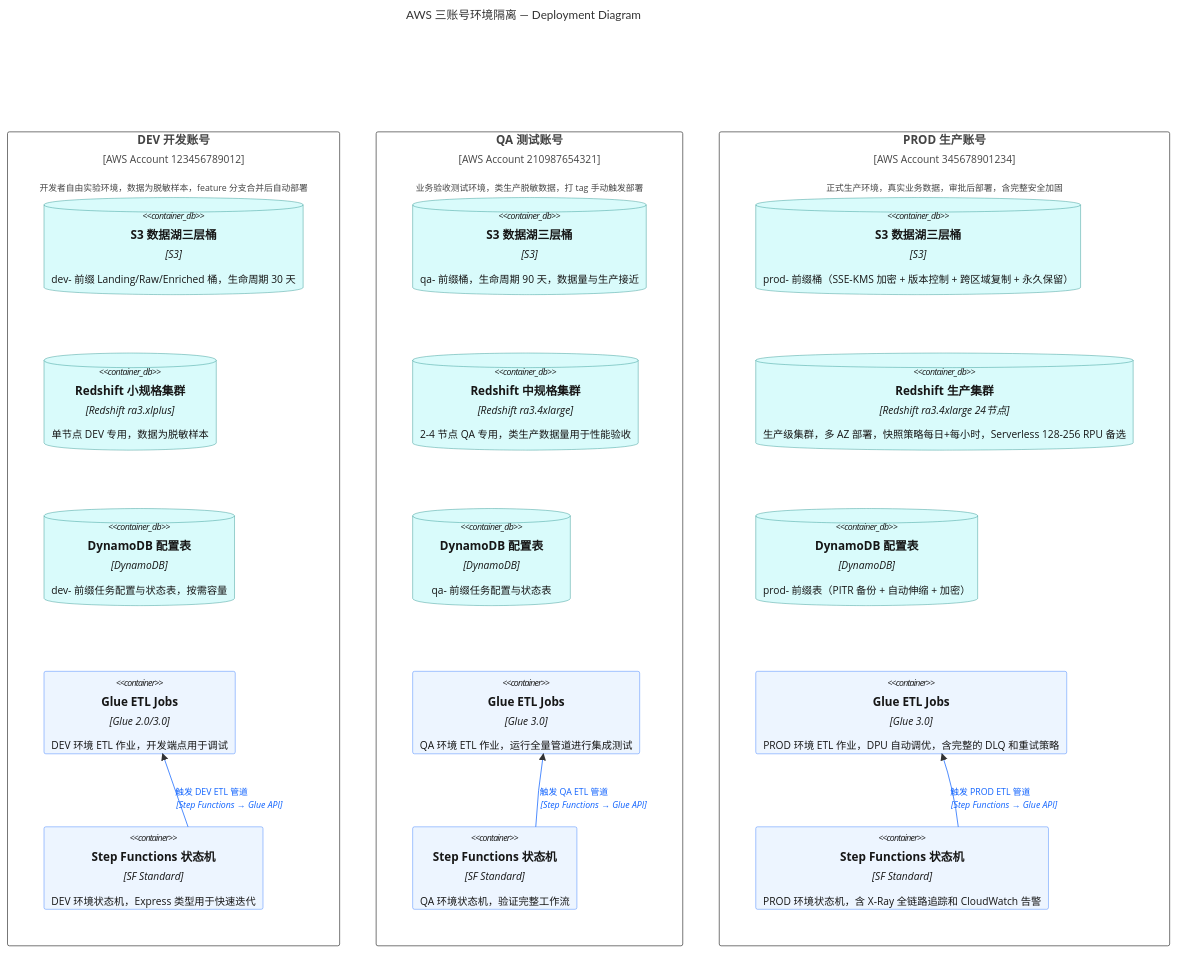
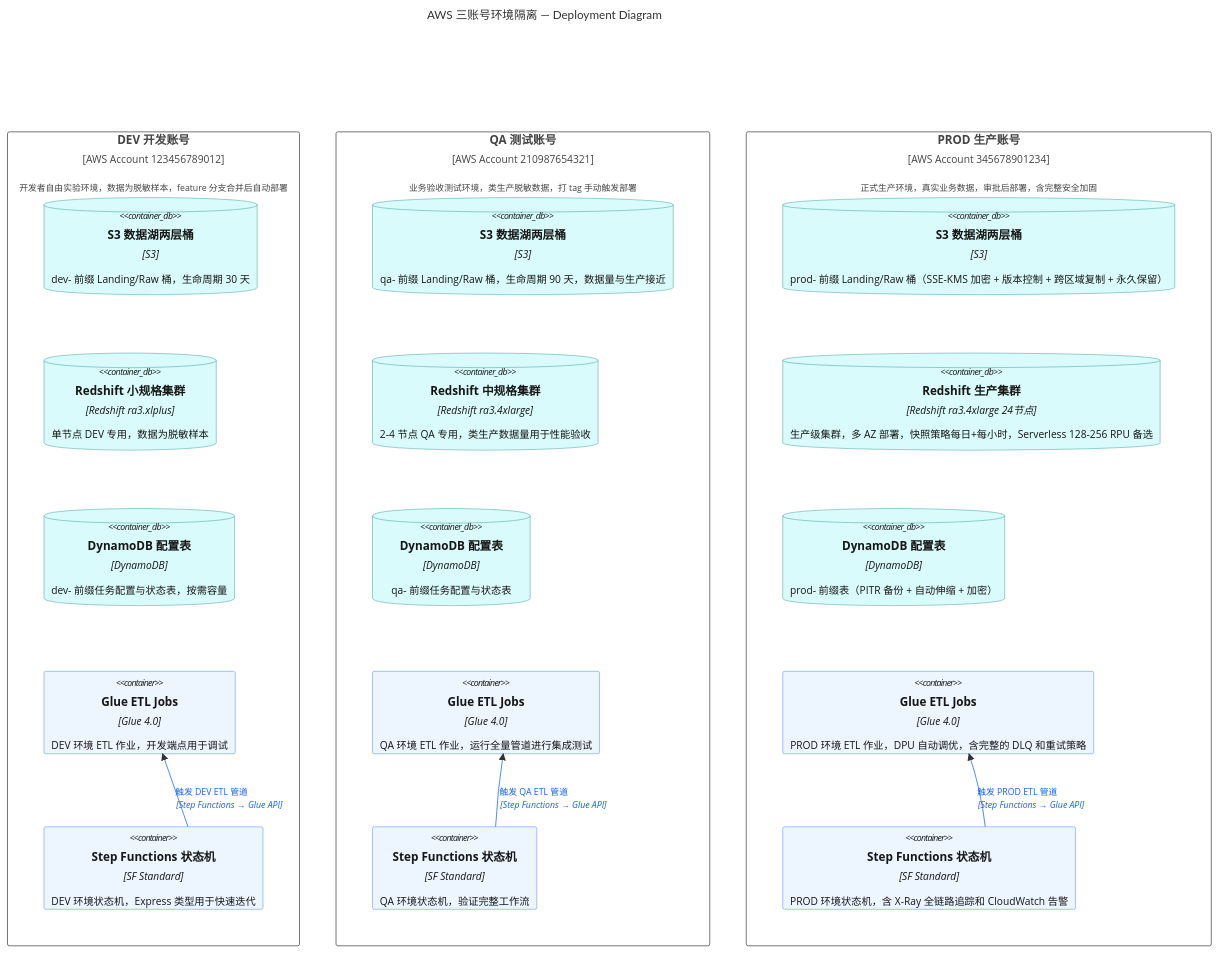
The third of 5 diagrams in docs/06-环境与多账号隔离设计.md (zhiweio/from-data-to-intelligence), drawn with Mermaid before and after one commit. The commit also changed other lines of this file and 69 other files, not shown here.

````diff
--- a/docs/06-环境与多账号隔离设计.md
+++ b/docs/06-环境与多账号隔离设计.md
@@ -94,54 +94,54 @@
 ```mermaid
 C4Deployment
     title AWS 三账号环境隔离 — Deployment Diagram
 
     Deployment_Node(dev, "DEV 开发账号", "AWS Account 123456789012", "开发者自由实验环境，数据为脱敏样本，feature 分支合并后自动部署"){
-        ContainerDb(dev_s3, "S3 数据湖三层桶", "S3", "dev- 前缀 Landing/Raw/Enriched 桶，生命周期 30 天")
+        ContainerDb(dev_s3, "S3 数据湖两层桶", "S3", "dev- 前缀 Landing/Raw 桶，生命周期 30 天")
         ContainerDb(dev_rs, "Redshift 小规格集群", "Redshift ra3.xlplus", "单节点 DEV 专用，数据为脱敏样本")
         ContainerDb(dev_ddb, "DynamoDB 配置表", "DynamoDB", "dev- 前缀任务配置与状态表，按需容量")
-        Container(dev_glue, "Glue ETL Jobs", "Glue 2.0/3.0", "DEV 环境 ETL 作业，开发端点用于调试")
+        Container(dev_glue, "Glue ETL Jobs", "Glue 4.0", "DEV 环境 ETL 作业，开发端点用于调试")
         Container(dev_sf, "Step Functions 状态机", "SF Standard", "DEV 环境状态机，Express 类型用于快速迭代")
     }
 
     Deployment_Node(qa, "QA 测试账号", "AWS Account 210987654321", "业务验收测试环境，类生产脱敏数据，打 tag 手动触发部署"){
-        ContainerDb(qa_s3, "S3 数据湖三层桶", "S3", "qa- 前缀桶，生命周期 90 天，数据量与生产接近")
+        ContainerDb(qa_s3, "S3 数据湖两层桶", "S3", "qa- 前缀 Landing/Raw 桶，生命周期 90 天，数据量与生产接近")
         ContainerDb(qa_rs, "Redshift 中规格集群", "Redshift ra3.4xlarge", "2-4 节点 QA 专用，类生产数据量用于性能验收")
         ContainerDb(qa_ddb, "DynamoDB 配置表", "DynamoDB", "qa- 前缀任务配置与状态表")
-        Container(qa_glue, "Glue ETL Jobs", "Glue 3.0", "QA 环境 ETL 作业，运行全量管道进行集成测试")
+        Container(qa_glue, "Glue ETL Jobs", "Glue 4.0", "QA 环境 ETL 作业，运行全量管道进行集成测试")
         Container(qa_sf, "Step Functions 状态机", "SF Standard", "QA 环境状态机，验证完整工作流")
     }
 
     Deployment_Node(prod, "PROD 生产账号", "AWS Account 345678901234", "正式生产环境，真实业务数据，审批后部署，含完整安全加固"){
-        ContainerDb(prod_s3, "S3 数据湖三层桶", "S3", "prod- 前缀桶（SSE-KMS 加密 + 版本控制 + 跨区域复制 + 永久保留）")
+        ContainerDb(prod_s3, "S3 数据湖两层桶", "S3", "prod- 前缀 Landing/Raw 桶（SSE-KMS 加密 + 版本控制 + 跨区域复制 + 永久保留）")
         ContainerDb(prod_rs, "Redshift 生产集群", "Redshift ra3.4xlarge 24节点", "生产级集群，多 AZ 部署，快照策略每日+每小时，Serverless 128-256 RPU 备选")
         ContainerDb(prod_ddb, "DynamoDB 配置表", "DynamoDB", "prod- 前缀表（PITR 备份 + 自动伸缩 + 加密）")
-        Container(prod_glue, "Glue ETL Jobs", "Glue 3.0", "PROD 环境 ETL 作业，DPU 自动调优，含完整的 DLQ 和重试策略")
+        Container(prod_glue, "Glue ETL Jobs", "Glue 4.0", "PROD 环境 ETL 作业，DPU 自动调优，含完整的 DLQ 和重试策略")
         Container(prod_sf, "Step Functions 状态机", "SF Standard", "PROD 环境状态机，含 X-Ray 全链路追踪和 CloudWatch 告警")
     }
 
     Rel(dev_sf, dev_glue, "触发 DEV ETL 管道", "Step Functions → Glue API")
     Rel(qa_sf, qa_glue, "触发 QA ETL 管道", "Step Functions → Glue API")
     Rel(prod_sf, prod_glue, "触发 PROD ETL 管道", "Step Functions → Glue API")
 
     UpdateElementStyle(dev_s3, $bgColor="#d9fbfb", $fontColor="#161616", $borderColor="#007d79")
     UpdateElementStyle(dev_rs, $bgColor="#d9fbfb", $fontColor="#161616", $borderColor="#007d79")
     UpdateElementStyle(dev_ddb, $bgColor="#d9fbfb", $fontColor="#161616", $borderColor="#007d79")
     UpdateElementStyle(dev_glue, $bgColor="#edf5ff", $fontColor="#161616", $borderColor="#0f62fe")
     UpdateElementStyle(dev_sf, $bgColor="#edf5ff", $fontColor="#161616", $borderColor="#0f62fe")
     UpdateElementStyle(qa_s3, $bgColor="#d9fbfb", $fontColor="#161616", $borderColor="#007d79")
     UpdateElementStyle(qa_rs, $bgColor="#d9fbfb", $fontColor="#161616", $borderColor="#007d79")
     UpdateElementStyle(qa_ddb, $bgColor="#d9fbfb", $fontColor="#161616", $borderColor="#007d79")
     UpdateElementStyle(qa_glue, $bgColor="#edf5ff", $fontColor="#161616", $borderColor="#0f62fe")
     UpdateElementStyle(qa_sf, $bgColor="#edf5ff", $fontColor="#161616", $borderColor="#0f62fe")
     UpdateElementStyle(prod_s3, $bgColor="#d9fbfb", $fontColor="#161616", $borderColor="#007d79")
     UpdateElementStyle(prod_rs, $bgColor="#d9fbfb", $fontColor="#161616", $borderColor="#007d79")
     UpdateElementStyle(prod_ddb, $bgColor="#d9fbfb", $fontColor="#161616", $borderColor="#007d79")
     UpdateElementStyle(prod_glue, $bgColor="#edf5ff", $fontColor="#161616", $borderColor="#0f62fe")
     UpdateElementStyle(prod_sf, $bgColor="#edf5ff", $fontColor="#161616", $borderColor="#0f62fe")
 
     UpdateRelStyle(dev_sf, dev_glue, $textColor="#0f62fe", $lineColor="#0f62fe")
     UpdateRelStyle(qa_sf, qa_glue, $textColor="#0f62fe", $lineColor="#0f62fe")
     UpdateRelStyle(prod_sf, prod_glue, $textColor="#0f62fe", $lineColor="#0f62fe")
 
     UpdateLayoutConfig($c4ShapeInRow="5", $c4BoundaryInRow="3")
 ```
````
